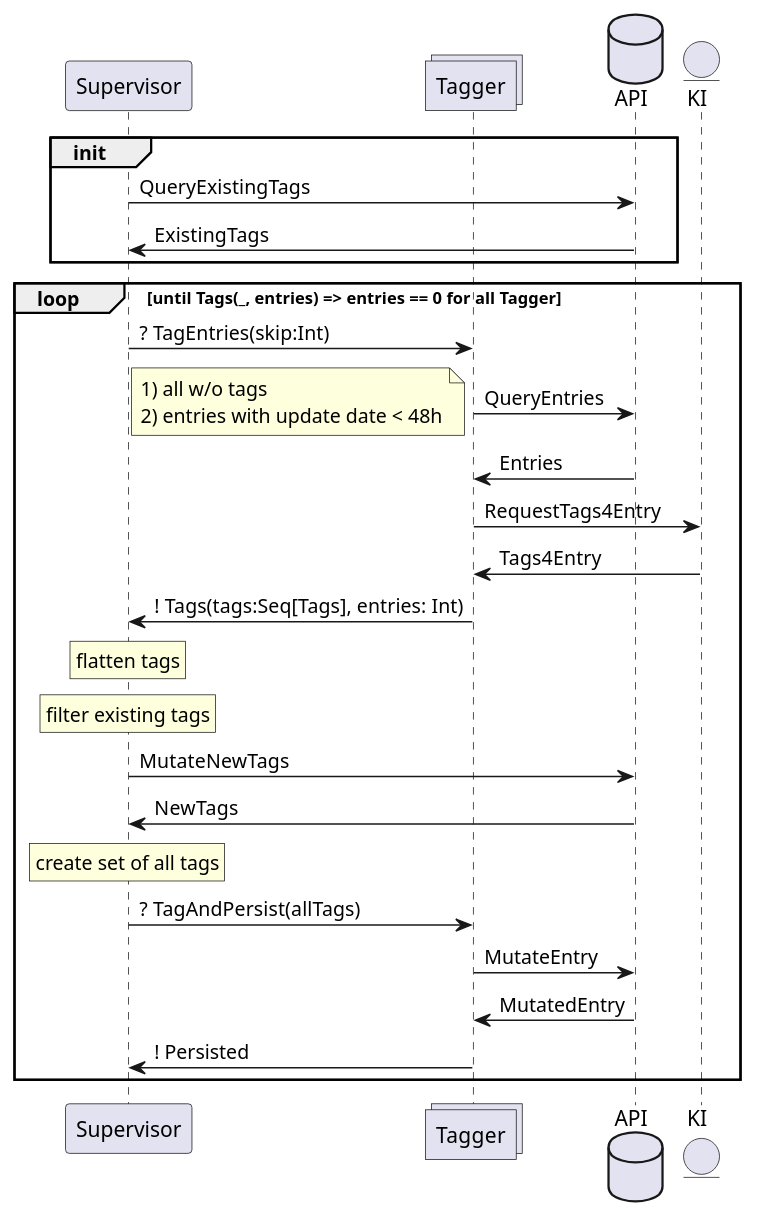
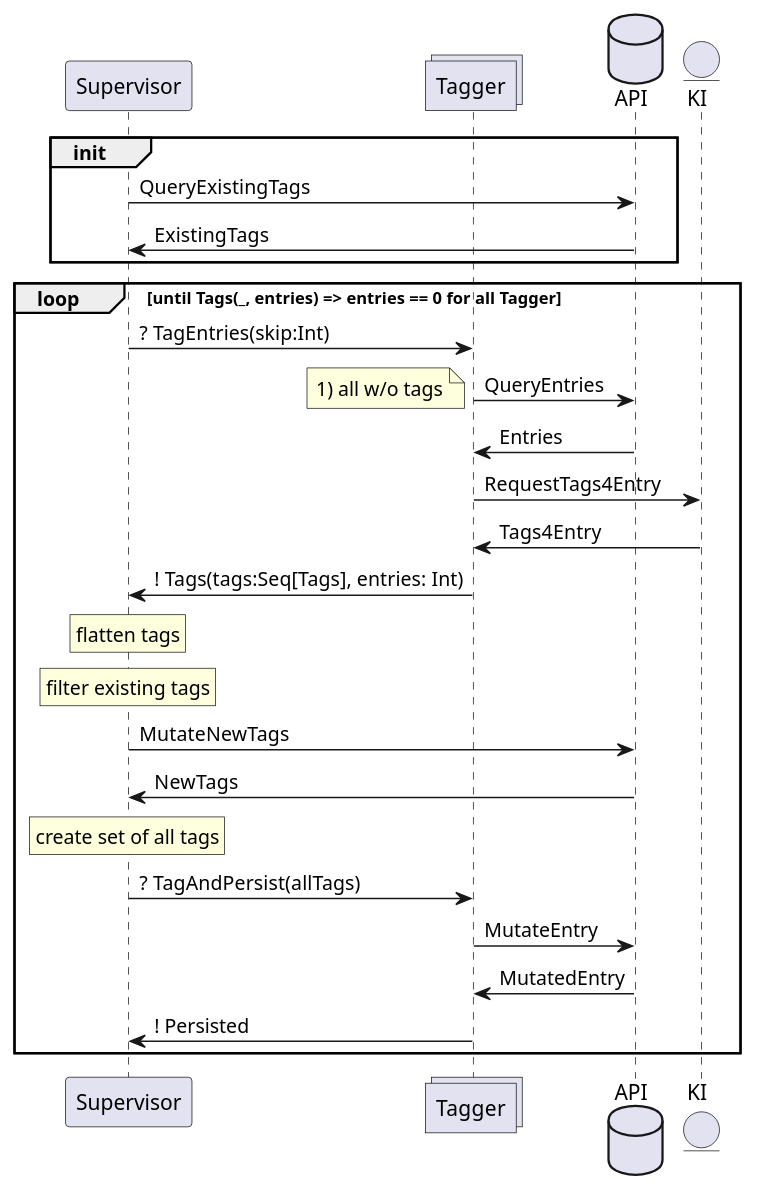
One commit to coverified/tagger changed the diagram in doc/proto.puml. Above: the diagram before and after it, drawn with PlantUML.

Commit message:
adapt protocol documentation

```diff
--- a/doc/proto.puml
+++ b/doc/proto.puml
@@ -1,42 +1,41 @@
 @startuml
 participant Supervisor
 collections Tagger
 database API
 entity KI
 
 group init
 Supervisor -> API : QueryExistingTags
 API -> Supervisor : ExistingTags
 end group
 
 loop until Tags(_, entries) => entries == 0 for all Tagger
 Supervisor -> Tagger : ? TagEntries(skip:Int)
 
 Tagger -> API : QueryEntries
 note left
 1) all w/o tags
-2) entries with update date < 48h
 end note
 
 API -> Tagger : Entries
 
 Tagger -> KI : RequestTags4Entry
 KI -> Tagger : Tags4Entry
 Tagger -> Supervisor : ! Tags(tags:Seq[Tags], entries: Int)
 
 rnote over Supervisor: flatten tags
 rnote over Supervisor: filter existing tags
 
 Supervisor -> API : MutateNewTags
 API -> Supervisor: NewTags
 
 rnote over Supervisor: create set of all tags
 
 Supervisor -> Tagger: ? TagAndPersist(allTags)
 
 Tagger -> API: MutateEntry
 API -> Tagger: MutatedEntry
 
 Tagger -> Supervisor: ! Persisted
 end loop
 @enduml
```
